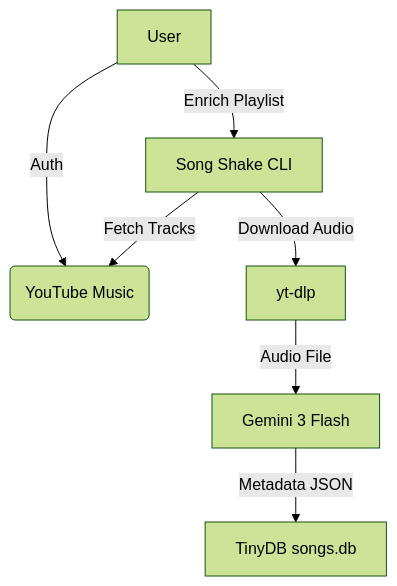
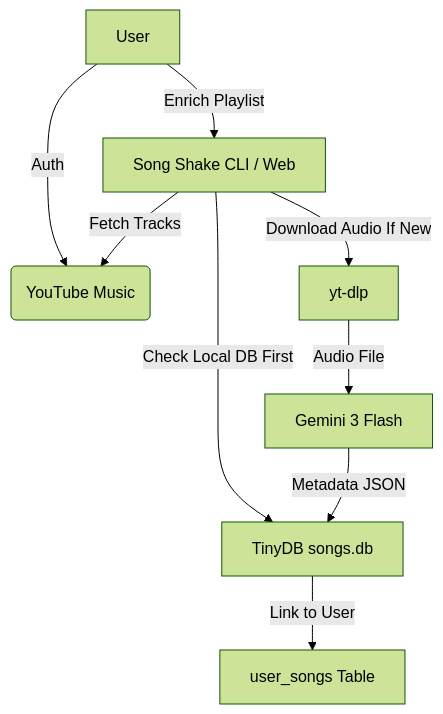
The first of 2 diagrams in README.md (amura2406/songshake), drawn with Mermaid (forest theme) before and after one commit. The commit also changed other lines of this file, not shown here.

Commit message:
docs: document deductive database schema and multi-tenant feature

````diff
--- a/README.md
+++ b/README.md
@@ -25,9 +27,11 @@
 ```mermaid
 graph TD
     A[User] -->|Auth| B(YouTube Music)
-    A -->|Enrich Playlist| C[Song Shake CLI]
+    A -->|Enrich Playlist| C[Song Shake CLI / Web]
+    C -->|Check Local DB First| F[TinyDB songs.db]
     C -->|Fetch Tracks| B
-    C -->|Download Audio| D[yt-dlp]
+    C -->|Download Audio If New| D[yt-dlp]
     D -->|Audio File| E[Gemini 3 Flash]
-    E -->|Metadata JSON| F[TinyDB songs.db]
+    E -->|Metadata JSON| F
+    F -->|Link to User| U[user_songs Table]
 ```
````
